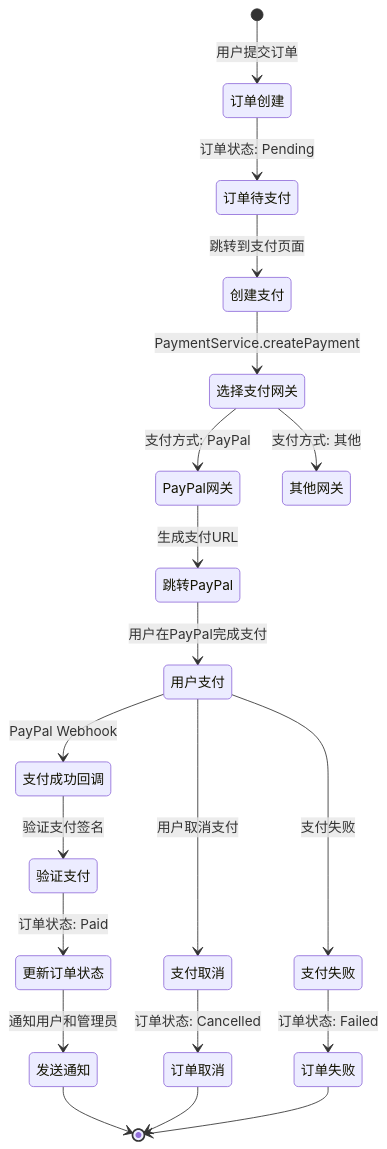
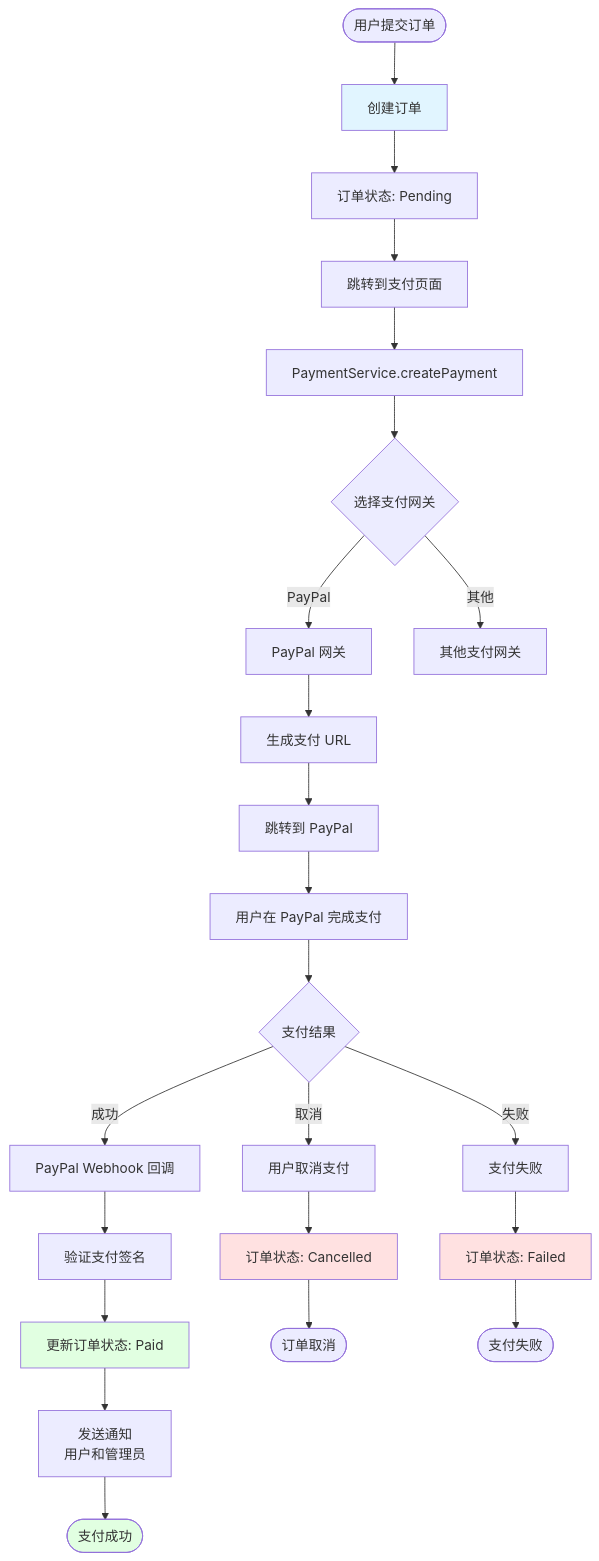
Before and after one commit to TeanaryService/teanary_service: the fifth of 6 diagrams in docs/ARCHITECTURE.md, drawn with Mermaid. The commit also changed other lines of this file, not shown here.

Commit message:
优化架构图文档

````diff
--- a/docs/ARCHITECTURE.md
+++ b/docs/ARCHITECTURE.md
@@ -229,29 +267,38 @@
 ```mermaid
-stateDiagram-v2
-    [*] --> 订单创建: 用户提交订单
-    订单创建 --> 订单待支付: 订单状态: Pending
+flowchart TD
+    Start([用户提交订单]) --> CreateOrder[创建订单]
+    CreateOrder --> OrderPending[订单状态: Pending]
     
-    订单待支付 --> 创建支付: 跳转到支付页面
-    创建支付 --> 选择支付网关: PaymentService.createPayment
+    OrderPending --> GoToPayment[跳转到支付页面]
+    GoToPayment --> CreatePayment[PaymentService.createPayment]
+    CreatePayment --> SelectGateway{选择支付网关}
     
-    选择支付网关 --> PayPal网关: 支付方式: PayPal
-    选择支付网关 --> 其他网关: 支付方式: 其他
+    SelectGateway -->|PayPal| PayPalGateway[PayPal 网关]
+    SelectGateway -->|其他| OtherGateway[其他支付网关]
     
-    PayPal网关 --> 跳转PayPal: 生成支付URL
-    跳转PayPal --> 用户支付: 用户在PayPal完成支付
+    PayPalGateway --> GenerateURL[生成支付 URL]
+    GenerateURL --> RedirectPayPal[跳转到 PayPal]
+    RedirectPayPal --> UserPay[用户在 PayPal 完成支付]
     
-    用户支付 --> 支付成功回调: PayPal Webhook
-    用户支付 --> 支付取消: 用户取消支付
-    用户支付 --> 支付失败: 支付失败
+    UserPay --> PaymentResult{支付结果}
+    PaymentResult -->|成功| WebhookSuccess[PayPal Webhook 回调]
+    PaymentResult -->|取消| PaymentCancel[用户取消支付]
+    PaymentResult -->|失败| PaymentFail[支付失败]
     
-    支付成功回调 --> 验证支付: 验证支付签名
-    验证支付 --> 更新订单状态: 订单状态: Paid
-    更新订单状态 --> 发送通知: 通知用户和管理员
-    发送通知 --> [*]
+    WebhookSuccess --> VerifyPayment[验证支付签名]
+    VerifyPayment --> UpdateOrder[更新订单状态: Paid]
+    UpdateOrder --> SendNotification[发送通知<br/>用户和管理员]
+    SendNotification --> EndSuccess([支付成功])
     
-    支付取消 --> 订单取消: 订单状态: Cancelled
-    订单取消 --> [*]
+    PaymentCancel --> OrderCancelled[订单状态: Cancelled]
+    OrderCancelled --> EndCancel([订单取消])
     
-    支付失败 --> 订单失败: 订单状态: Failed
-    订单失败 --> [*]
+    PaymentFail --> OrderFailed[订单状态: Failed]
+    OrderFailed --> EndFail([支付失败])
+    
+    style CreateOrder fill:#e1f5ff
+    style UpdateOrder fill:#e1ffe1
+    style OrderCancelled fill:#ffe1e1
+    style OrderFailed fill:#ffe1e1
+    style EndSuccess fill:#e1ffe1
 ```
````
